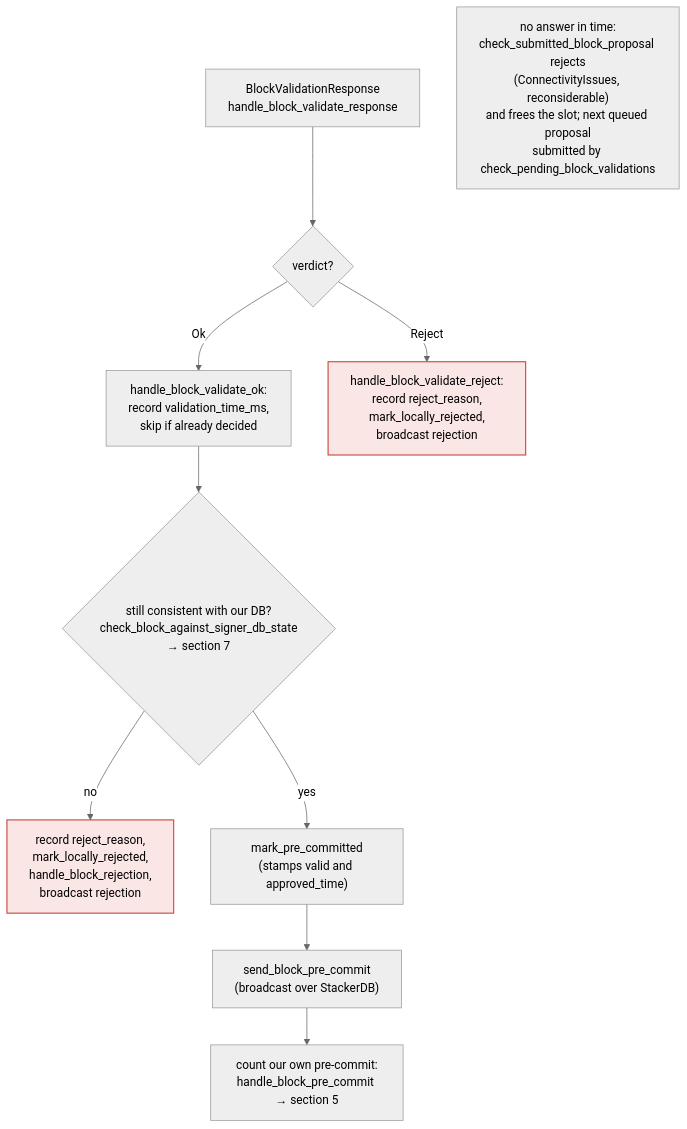
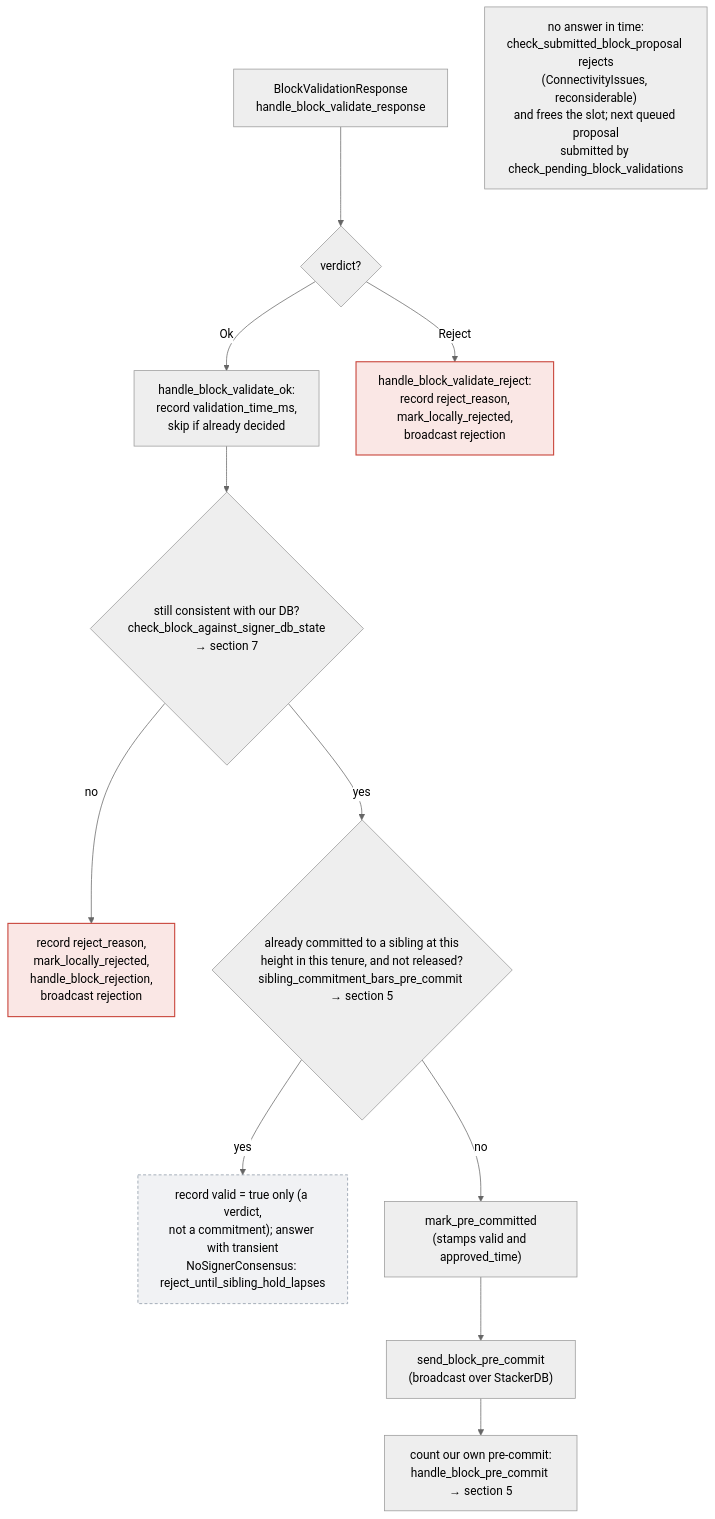
The fifth of 10 diagrams in docs/signer-flows.md (stacks-network/stacks-core), drawn with Mermaid (neutral theme) before and after one commit. The commit also changed other lines of this file and 37 other files, not shown here.

First line of the commit message:
feat: refactor signer pre-commit/commit logic

````diff
--- a/docs/signer-flows.md
+++ b/docs/signer-flows.md
@@ -288,13 +288,16 @@
 ```mermaid
 flowchart TB
     IN["BlockValidationResponse<br/>handle_block_validate_response"] --> OK{"verdict?"}
     OK -- "Ok" --> HVO["handle_block_validate_ok:<br/>record validation_time_ms,<br/>skip if already decided"]
     OK -- "Reject" --> HVR["handle_block_validate_reject:<br/>record reject_reason,<br/>mark_locally_rejected,<br/>broadcast rejection"]:::bad
     HVO --> RECHECK{"still consistent with our DB?<br/>check_block_against_signer_db_state<br/>→ section 7"}
     RECHECK -- no --> REJ["record reject_reason,<br/>mark_locally_rejected,<br/>handle_block_rejection,<br/>broadcast rejection"]:::bad
-    RECHECK -- yes --> PC["mark_pre_committed<br/>(stamps valid and approved_time)"]
+    RECHECK -- yes --> BAR{"already committed to a sibling at this<br/>height in this tenure, and not released?<br/>sibling_commitment_bars_pre_commit → section 5"}
+    BAR -- yes --> HOLD["record valid = true only (a verdict,<br/>not a commitment); answer with transient<br/>NoSignerConsensus: reject_until_sibling_hold_lapses"]:::hold
+    BAR -- no --> PC["mark_pre_committed<br/>(stamps valid and approved_time)"]
     PC --> SEND["send_block_pre_commit<br/>(broadcast over StackerDB)"]
     SEND --> SELF["count our own pre-commit:<br/>handle_block_pre_commit → section 5"]
     TIMEOUT["no answer in time:<br/>check_submitted_block_proposal rejects<br/>(ConnectivityIssues, reconsiderable)<br/>and frees the slot; next queued proposal<br/>submitted by check_pending_block_validations"]
     classDef bad fill:#d84a3f22,stroke:#c9473d,stroke-width:1.5px;
+    classDef hold fill:#8a95a51f,stroke:#8a95a5,stroke-dasharray:4 3;
 ```
````
